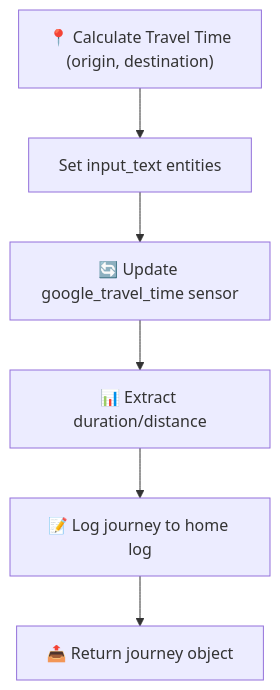
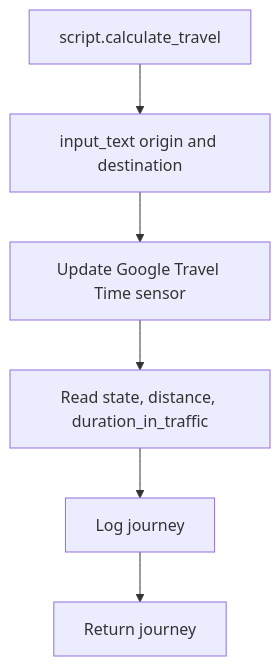
The diagram in packages/integrations/transport/google_travel/README.md (dannytsang/homeassistant-config), drawn with Mermaid before and after one commit. The commit also changed other lines of this file and 60 other files, not shown here.

````diff
--- a/packages/integrations/transport/google_travel/README.md
+++ b/packages/integrations/transport/google_travel/README.md
@@ -30,8 +18,8 @@
 ```mermaid
 flowchart TD
-    A["📍 Calculate Travel Time\n(origin, destination)"] --> B["Set input_text entities"]
-    B --> C["🔄 Update google_travel_time sensor"]
-    C --> D["📊 Extract duration/distance"]
-    D --> E["📝 Log journey to home log"]
-    E --> F["📤 Return journey object"]
+    Call[script.calculate_travel] --> Helpers[input_text origin and destination]
+    Helpers --> Update[Update Google Travel Time sensor]
+    Update --> Values[Read state, distance, duration_in_traffic]
+    Values --> Log[Log journey]
+    Log --> Response[Return journey]
 ```
````
